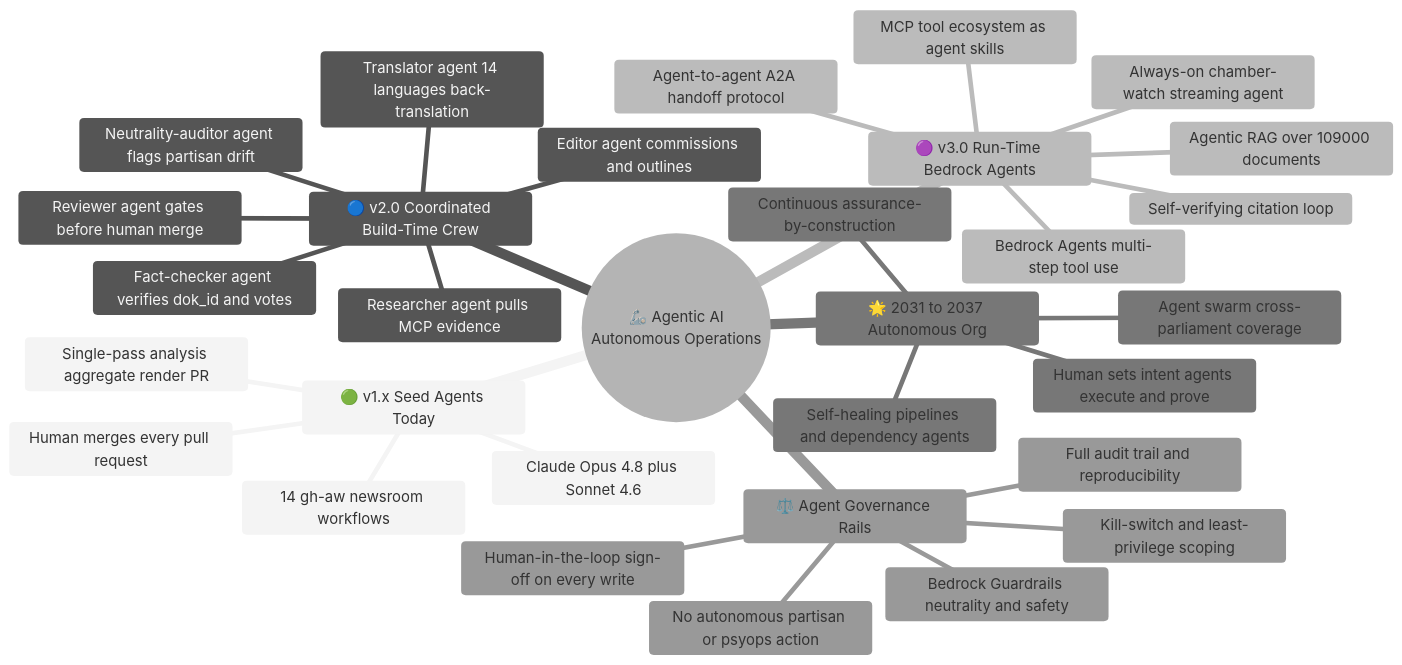
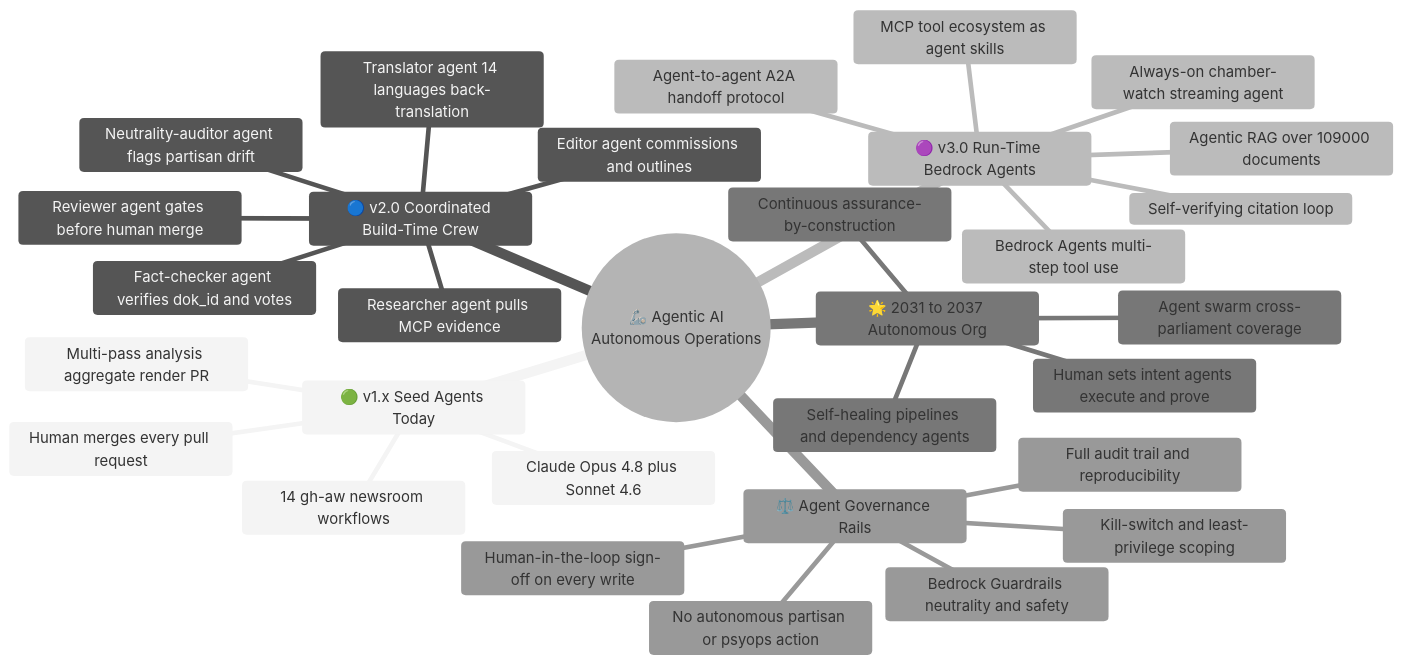
Before and after one commit to Hack23/riksdagsmonitor: diagram 15 of 20 in FUTURE_MINDMAP.md, drawn with Mermaid (neutral theme). The commit also changed 2 other files, not shown here.

Commit message:
docs: fix horizon date inconsistencies and multi-pass description per review
- FUTURE_MINDMAP.md: Change "Single-pass" to "Multi-pass" to match
  gh-aw prompt contract (minimum two complete passes)
- FUTURE_THREAT_MODEL.md: Move Real-Time Voting Dashboard from H2 to H3
  (WebSocket/SSE requires Kinesis streaming backend, not static)
- FUTURE_THREAT_MODEL.md: Align Bedrock/SageMaker/Neptune dates to H3
  window (2028+) instead of conflicting 2026-2027
- FUTURE_ARCHITECTURE.md: Shift AI Enhancement Roadmap phases to H3
  timeframe (2028+) to match horizon boundary definitions

````diff
--- a/FUTURE_MINDMAP.md
+++ b/FUTURE_MINDMAP.md
@@ -670,34 +670,34 @@
 ```mermaid
 mindmap
   root((🦾 Agentic AI<br/>Autonomous Operations))
     🟢 v1.x Seed Agents Today
       14 gh-aw newsroom workflows
-      Single-pass analysis aggregate render PR
+      Multi-pass analysis aggregate render PR
       Claude Opus 4.8 plus Sonnet 4.6
       Human merges every pull request
     🔵 v2.0 Coordinated Build-Time Crew
       Editor agent commissions and outlines
       Researcher agent pulls MCP evidence
       Fact-checker agent verifies dok_id and votes
       Neutrality-auditor agent flags partisan drift
       Translator agent 14 languages back-translation
       Reviewer agent gates before human merge
     🟣 v3.0 Run-Time Bedrock Agents
       Bedrock Agents multi-step tool use
       Agentic RAG over 109000 documents
       Agent-to-agent A2A handoff protocol
       MCP tool ecosystem as agent skills
       Always-on chamber-watch streaming agent
       Self-verifying citation loop
     🌟 2031 to 2037 Autonomous Org
       Agent swarm cross-parliament coverage
       Self-healing pipelines and dependency agents
       Continuous assurance-by-construction
       Human sets intent agents execute and prove
     ⚖️ Agent Governance Rails
       Human-in-the-loop sign-off on every write
       Bedrock Guardrails neutrality and safety
       Full audit trail and reproducibility
       Kill-switch and least-privilege scoping
       No autonomous partisan or psyops action
 ```
````
